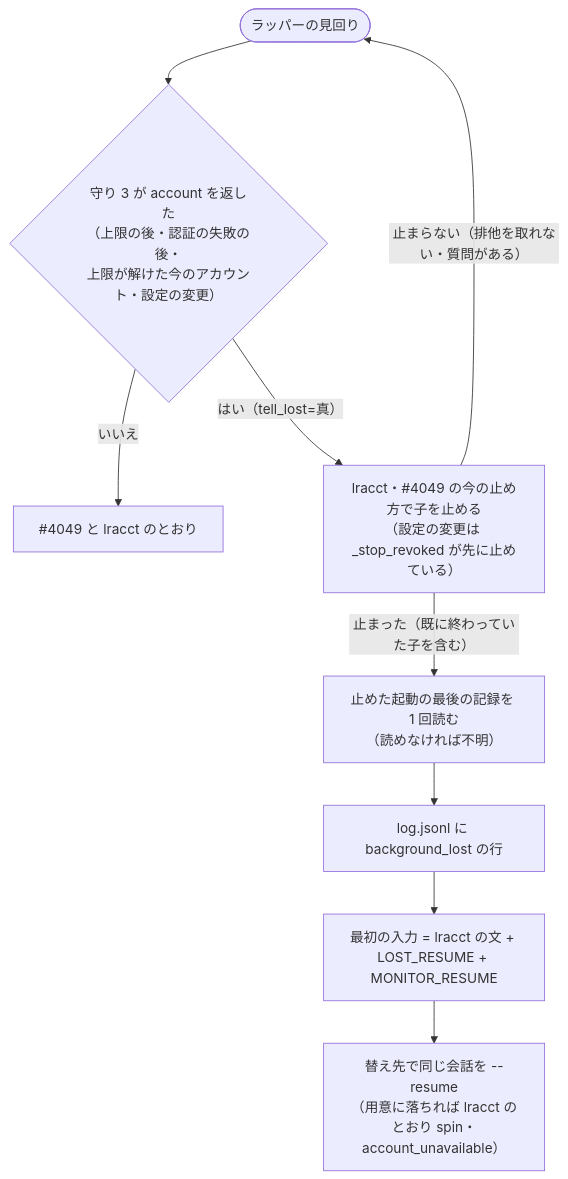
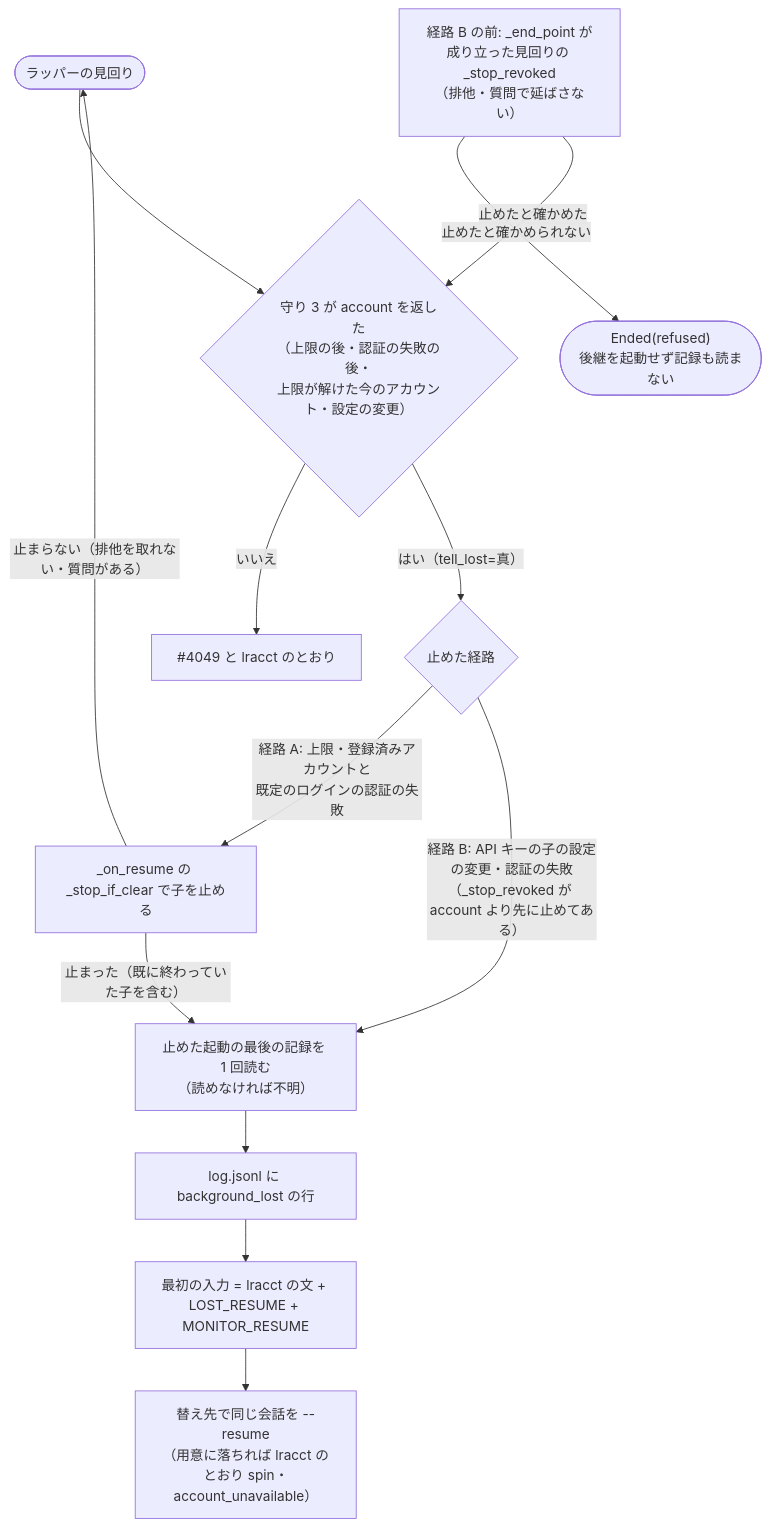
The third of 3 diagrams in issues/issue-4063-design.md (devbasex/ai-plugins), drawn with Mermaid before and after one commit. The commit also changed other lines of this file and 1 other file, not shown here.

Commit message:
Docs: #4063 の E3 を停止の経路で分け、API キーの子（設定の変更・認証の失敗）は _stop_revoked が排他や質問で延ばさず、止めたと確かめられなければ refused で終えると明記する（cross-review r2-1）

````diff
--- a/issues/issue-4063-design.md
+++ b/issues/issue-4063-design.md
@@ -92,11 +92,15 @@
 ```mermaid
 flowchart TD
   Q([ラッパーの見回り]) --> L{"守り 3 が account を返した<br>（上限の後・認証の失敗の後・<br>上限が解けた今のアカウント・設定の変更）"}
   L -- "いいえ" --> O["#4049 と lracct のとおり"]
-  L -- "はい（tell_lost=真）" --> K["lracct・#4049 の今の止め方で子を止める<br>（設定の変更は _stop_revoked が先に止めている）"]
+  L -- "はい（tell_lost=真）" --> P{"止めた経路"}
+  P -- "経路 A: 上限・登録済みアカウントと<br>既定のログインの認証の失敗" --> K["_on_resume の _stop_if_clear で子を止める"]
   K -- "止まらない（排他を取れない・質問がある）" --> Q
   K -- "止まった（既に終わっていた子を含む）" --> RD["止めた起動の最後の記録を 1 回読む<br>（読めなければ不明）"]
+  P -- "経路 B: API キーの子の設定の変更・認証の失敗<br>（_stop_revoked が account より先に止めてある）" --> RD
+  SR["経路 B の前: _end_point が成り立った見回りの _stop_revoked<br>（排他・質問で延ばさない）"] -- "止めたと確かめられない" --> RF(["Ended(refused)<br>後継を起動せず記録も読まない"])
+  SR -- "止めたと確かめた" --> L
   RD --> LG["log.jsonl に background_lost の行"]
   LG --> SP["最初の入力 = lracct の文 + LOST_RESUME + MONITOR_RESUME"]
   SP --> RS["替え先で同じ会話を --resume<br>（用意に落ちれば lracct のとおり spin・account_unavailable）"]
 ```
````
